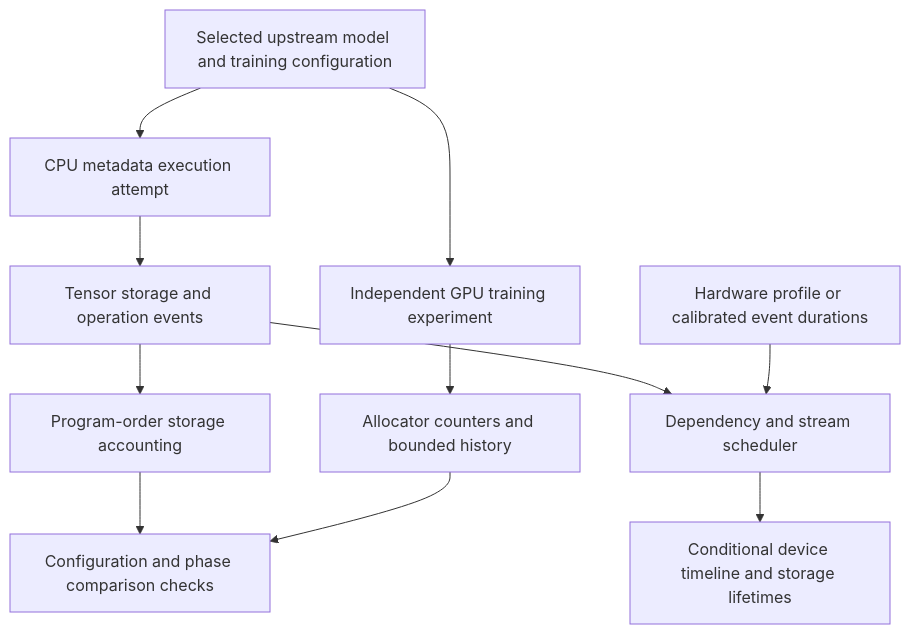
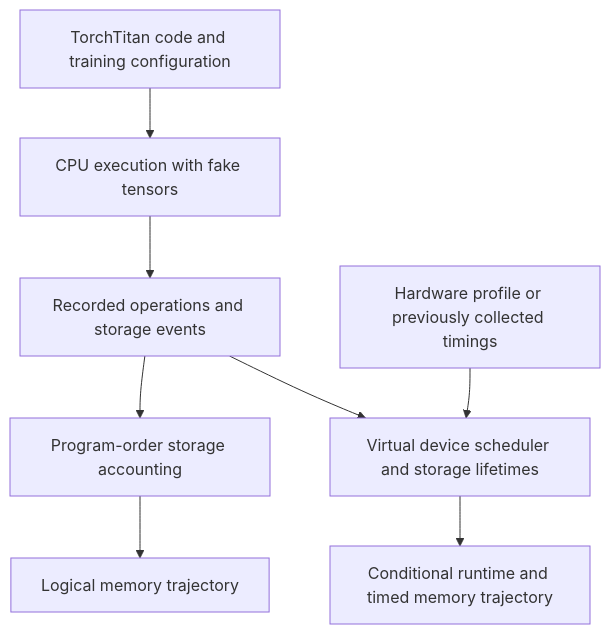
One commit to elfiegg/titan-sim changed the first of 2 diagrams in docs/IMPLEMENTATION_ANALYSIS.md. Above: the diagram before and after it, drawn with Mermaid. The commit also changed other lines of this file, not shown here.

Commit message:
Separate CPU simulator architecture from GPU validation

````diff
--- a/docs/IMPLEMENTATION_ANALYSIS.md
+++ b/docs/IMPLEMENTATION_ANALYSIS.md
@@ -43,14 +47,10 @@
 ```mermaid
 flowchart TD
-    A[Selected upstream model and training configuration]
-    A --> B[CPU metadata execution attempt]
-    B --> C[Tensor storage and operation events]
+    A[TorchTitan code and training configuration] --> B[CPU execution with fake tensors]
+    B --> C[Recorded operations and storage events]
     C --> D[Program-order storage accounting]
-    C --> E[Dependency and stream scheduler]
-    H[Hardware profile or calibrated event durations] --> E
-    E --> F[Conditional device timeline and storage lifetimes]
-    A --> G[Independent GPU training experiment]
-    G --> I[Allocator counters and bounded history]
-    D --> J[Configuration and phase comparison checks]
-    I --> J
+    C --> E[Virtual device scheduler and storage lifetimes]
+    H[Hardware profile or previously collected timings] --> E
+    D --> F[Logical memory trajectory]
+    E --> G[Conditional runtime and timed memory trajectory]
 ```
````
